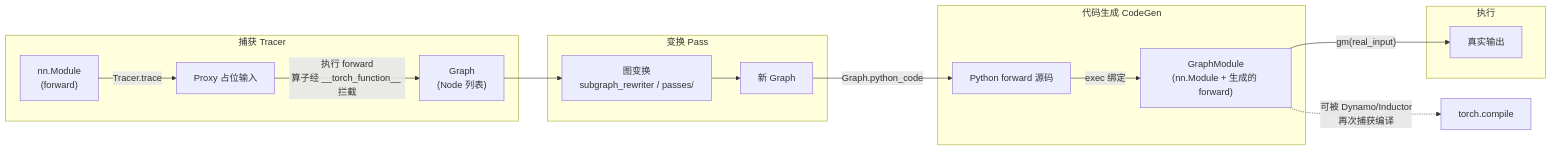
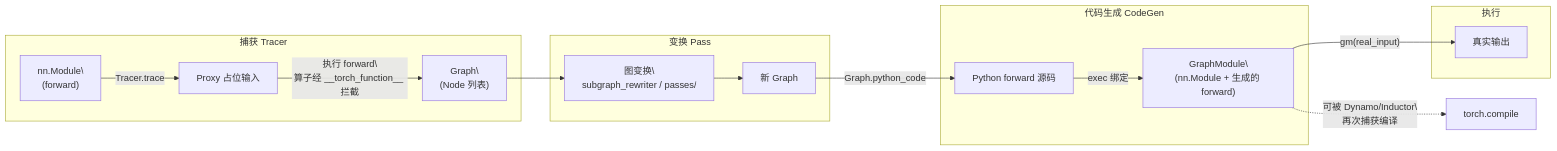
Before and after one commit to stevexiaofei/second-brain: the diagram in docs/knowledge/pytorch/pytorch-fx.md, drawn with Mermaid. The commit also changed 14 other files, not shown here.

First line of the commit message:
docs: bump mermaid font sizes and replace <br/> with real newlines

````diff
--- a/docs/knowledge/pytorch/pytorch-fx.md
+++ b/docs/knowledge/pytorch/pytorch-fx.md
@@ -59,19 +59,25 @@
 ```mermaid
 flowchart LR
     subgraph 捕获 Tracer
-        M["nn.Module<br/>(forward)"] -->|"Tracer.trace"| P["Proxy 占位输入"]
-        P -->|"执行 forward<br/>算子经 __torch_function__ 拦截"| G["Graph<br/>(Node 列表)"]
+        M["nn.Module\
+(forward)"] -->|"Tracer.trace"| P["Proxy 占位输入"]
+        P -->|"执行 forward\
+算子经 __torch_function__ 拦截"| G["Graph\
+(Node 列表)"]
     end
     subgraph 变换 Pass
-        G --> RW["图变换<br/>subgraph_rewriter / passes/"]
+        G --> RW["图变换\
+subgraph_rewriter / passes/"]
         RW --> G2["新 Graph"]
     end
     subgraph 代码生成 CodeGen
         G2 -->|"Graph.python_code"| SRC["Python forward 源码"]
-        SRC -->|"exec 绑定"| GM["GraphModule<br/>(nn.Module + 生成的 forward)"]
+        SRC -->|"exec 绑定"| GM["GraphModule\
+(nn.Module + 生成的 forward)"]
     end
     subgraph 执行
         GM -->|"gm(real_input)"| OUT["真实输出"]
     end
-    GM -.->|"可被 Dynamo/Inductor<br/>再次捕获编译"| COMPILE["torch.compile"]
+    GM -.->|"可被 Dynamo/Inductor\
+再次捕获编译"| COMPILE["torch.compile"]
 ```
````
